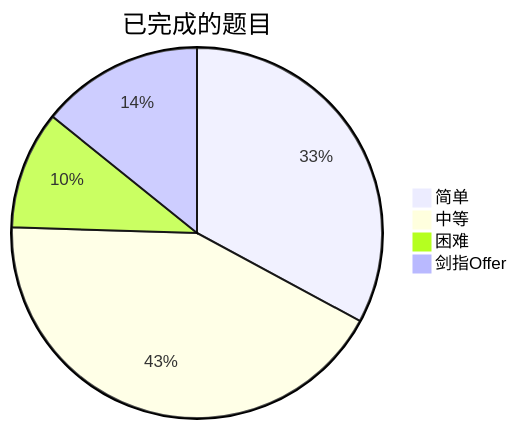
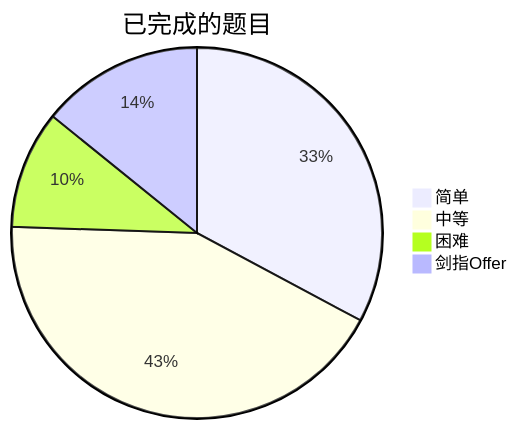
Before and after one commit to kaisa911/LeetCode: the diagram in README.md, drawn with Mermaid. The commit also changed other lines of this file and 17 other files, not shown here.

````diff
--- a/README.md
+++ b/README.md
@@ -9,7 +9,7 @@
 ```mermaid
 pie title 已完成的题目
     "简单" : 169
-    "中等" : 219
+    "中等" : 220
     "困难" : 53
     "剑指Offer" : 73
 ```
````
